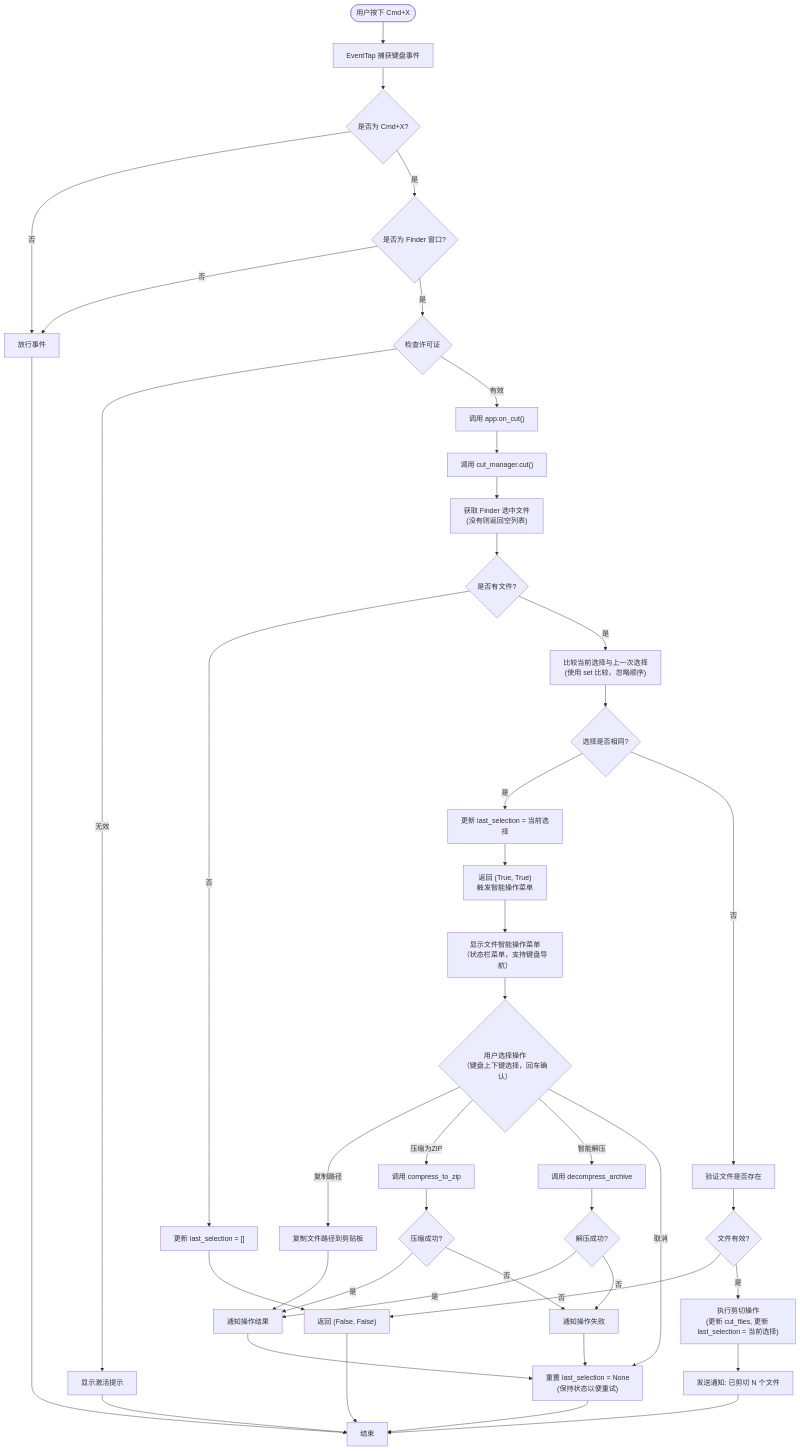
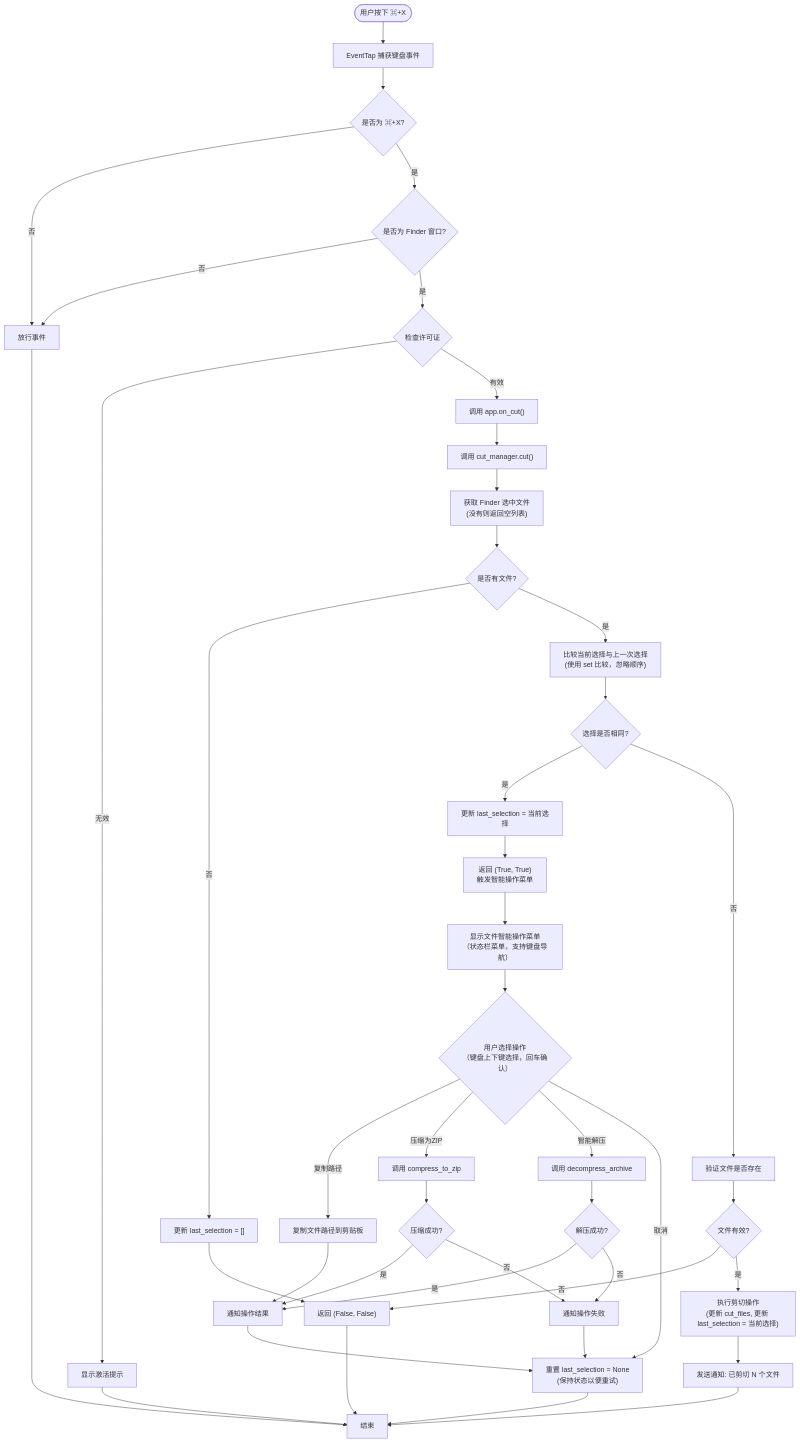
Before and after one commit to zhangs-cedar/mac-commondX: the diagram in 流程图.md, drawn with Mermaid. The commit also changed other lines of this file and 3 other files, not shown here.

````diff
--- a/流程图.md
+++ b/流程图.md
@@ -5,57 +5,57 @@
 ```mermaid
 flowchart TD
-    Start(["用户按下 Cmd+X"]) --> EventTap[EventTap 捕获键盘事件]
-    EventTap --> CheckKey{是否为 Cmd+X?}
+    Start(["用户按下 ⌘+X"]) --> EventTap[EventTap 捕获键盘事件]
+    EventTap --> CheckKey{是否为 ⌘+X?}
     CheckKey -->|否| PassEvent[放行事件]
     CheckKey -->|是| CheckFinder{是否为 Finder 窗口?}
     CheckFinder -->|否| PassEvent
     CheckFinder -->|是| CheckLicense{检查许可证}
     
     CheckLicense -->|无效| ShowActivation[显示激活提示]
     CheckLicense -->|有效| OnCut["调用 app.on_cut()"]
     
     OnCut --> CallCut["调用 cut_manager.cut()"]
     CallCut --> GetSelection["获取 Finder 选中文件<br/>(没有则返回空列表)"]
     GetSelection --> HasFiles{是否有文件?}
     
     HasFiles -->|否| UpdateLastEmpty["更新 last_selection = []"]
     HasFiles -->|是| CompareSelection["比较当前选择与上一次选择<br/>(使用 set 比较，忽略顺序)"]
     
     CompareSelection --> IsSame{选择是否相同?}
     IsSame -->|是| UpdateLastSame["更新 last_selection = 当前选择"]
     IsSame -->|否| ValidateFiles["验证文件是否存在"]
     
     UpdateLastSame --> ReturnShowDialog["返回 (True, True)<br/>触发智能操作菜单"]
     UpdateLastEmpty --> ReturnFalse["返回 (False, False)"]
     
     ValidateFiles --> FilesValid{文件有效?}
     FilesValid -->|否| ReturnFalse
     FilesValid -->|是| DoCut["执行剪切操作<br/>(更新 cut_files, 更新 last_selection = 当前选择)"]
     
     DoCut --> SendNotify["发送通知: 已剪切 N 个文件"]
     SendNotify --> End[结束]
     
     ReturnShowDialog --> ShowMenu[显示文件智能操作菜单<br/>（状态栏菜单，支持键盘导航）]
     
     ShowMenu --> UserChoice{用户选择操作<br/>（键盘上下键选择，回车确认）}
     UserChoice -->|复制路径| CopyPaths[复制文件路径到剪贴板]
     UserChoice -->|压缩为ZIP| Compress[调用 compress_to_zip]
     UserChoice -->|智能解压| Decompress[调用 decompress_archive]
     UserChoice -->|取消| ResetLastSelection["重置 last_selection = None<br/>(保持状态以便重试)"]
     
     CopyPaths --> NotifySuccess["通知操作结果"]
     Compress --> CheckCompress{压缩成功?}
     Decompress --> CheckDecompress{解压成功?}
     
     CheckCompress -->|是| NotifySuccess
     CheckCompress -->|否| NotifyFail["通知操作失败"]
     CheckDecompress -->|是| NotifySuccess
     CheckDecompress -->|否| NotifyFail
     
     NotifySuccess --> ResetLastSelection
     NotifyFail --> ResetLastSelection
     ResetLastSelection --> End
     ReturnFalse --> End
     ShowActivation --> End
     PassEvent --> End
 ```
````
